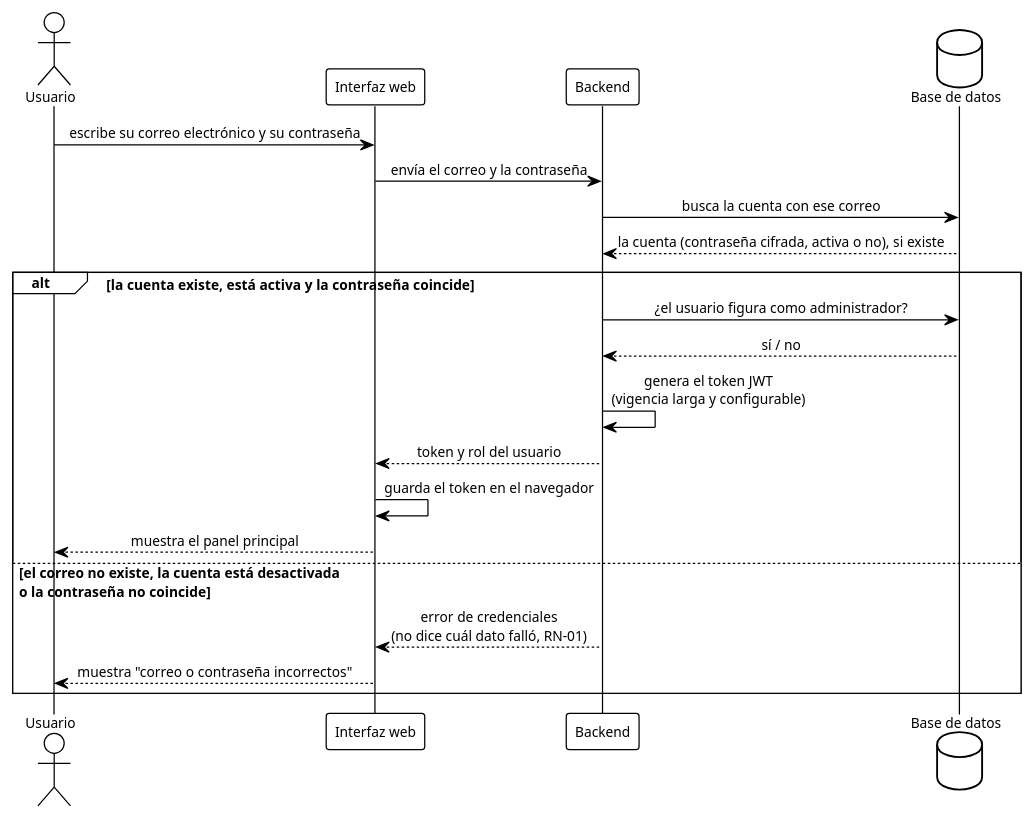
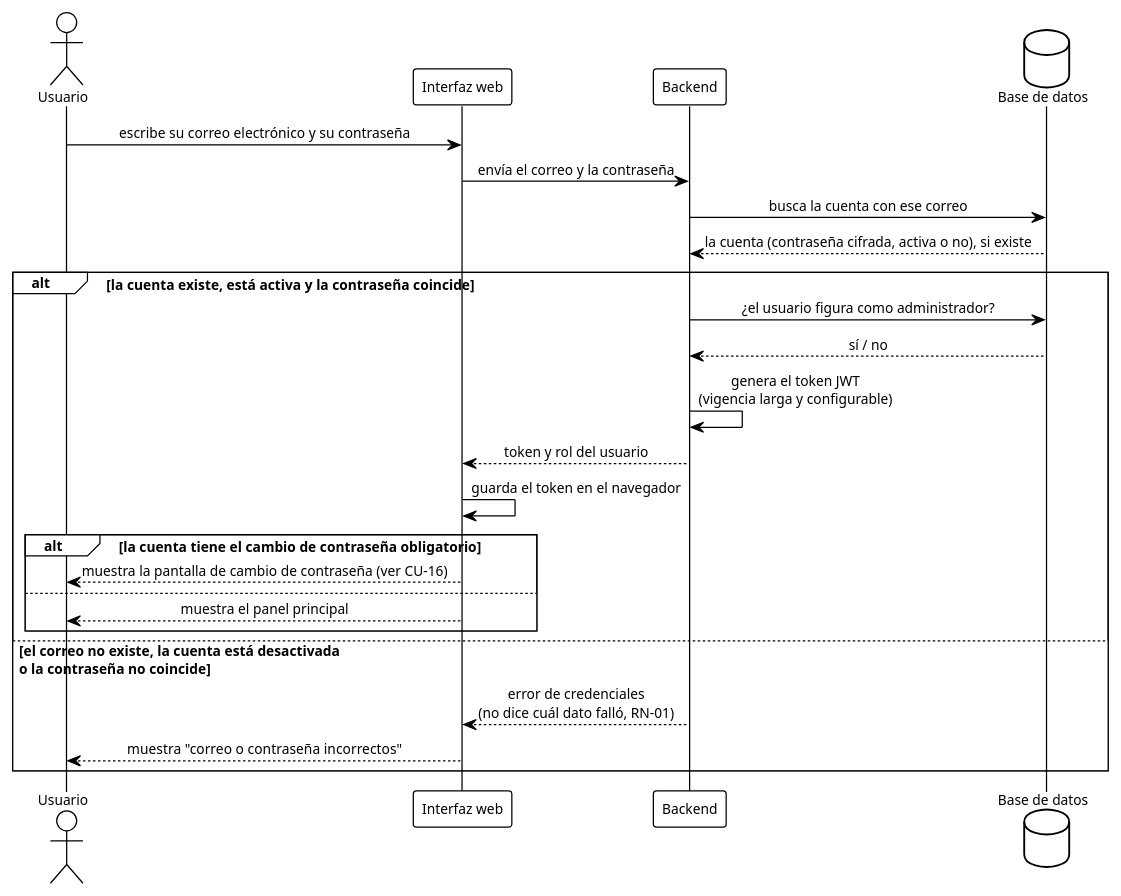
Before and after one commit to ErickJester/fst-ai-system-latex: the diagram in diagramas/seq_login.puml, drawn with PlantUML. The commit also changed 25 other files, not shown here.

```diff
--- a/diagramas/seq_login.puml
+++ b/diagramas/seq_login.puml
@@ -1,49 +1,53 @@
 @startuml seq_login
 ' ================================================================
 '  Secuencia - Inicio de sesion
 '  Base de datos FST | TT 2026-B066 | ESCOM-IPN
 '  Frausto Robles Angel Ali . Rodriguez Verdin Sandoval Vanesa
 ' ----------------------------------------------------------------
 '  Cubre CU-01 "Iniciar sesion" (RF-01, RF-04, RN-01). Mismo
 '  diagrama para Investigador y Administrador: el rol no se guarda
 '  en USUARIO, se deduce de si el usuario figura en ADMINISTRADOR.
 '
 '  Decision D-37 (3-oct): no se registra el ultimo acceso, asi que
 '  el inicio de sesion no escribe nada en la base de datos.
 '  Decision D-36 (3-oct): el token dura mucho y es configurable.
 '
 '  Reemplaza a figures/mermaid/seq_login.png (que registraba una
 '  "ultima conexion" sin columna que la respalde).
 '
 '  Generar:
 '      java -jar plantuml.jar -tpng diagramas/seq_login.puml
 ' ================================================================
 
 !theme plain
 skinparam defaultFontName Arial
 skinparam defaultFontSize 11
 skinparam shadowing false
 skinparam sequenceMessageAlign center
 
 actor Usuario as u
 participant "Interfaz web" as ui
 participant Backend as api
 database "Base de datos" as db
 
 u -> ui: escribe su correo electrónico y su contraseña
 ui -> api: envía el correo y la contraseña
 api -> db: busca la cuenta con ese correo
 db --> api: la cuenta (contraseña cifrada, activa o no), si existe
 
 alt la cuenta existe, está activa y la contraseña coincide
   api -> db: ¿el usuario figura como administrador?
   db --> api: sí / no
   api -> api: genera el token JWT\n(vigencia larga y configurable)
   api --> ui: token y rol del usuario
   ui -> ui: guarda el token en el navegador
-  ui --> u: muestra el panel principal
+  alt la cuenta tiene el cambio de contraseña obligatorio
+    ui --> u: muestra la pantalla de cambio de contraseña (ver CU-16)
+  else
+    ui --> u: muestra el panel principal
+  end
 else el correo no existe, la cuenta está desactivada\no la contraseña no coincide
   api --> ui: error de credenciales\n(no dice cuál dato falló, RN-01)
   ui --> u: muestra "correo o contraseña incorrectos"
 end
 @enduml
```
